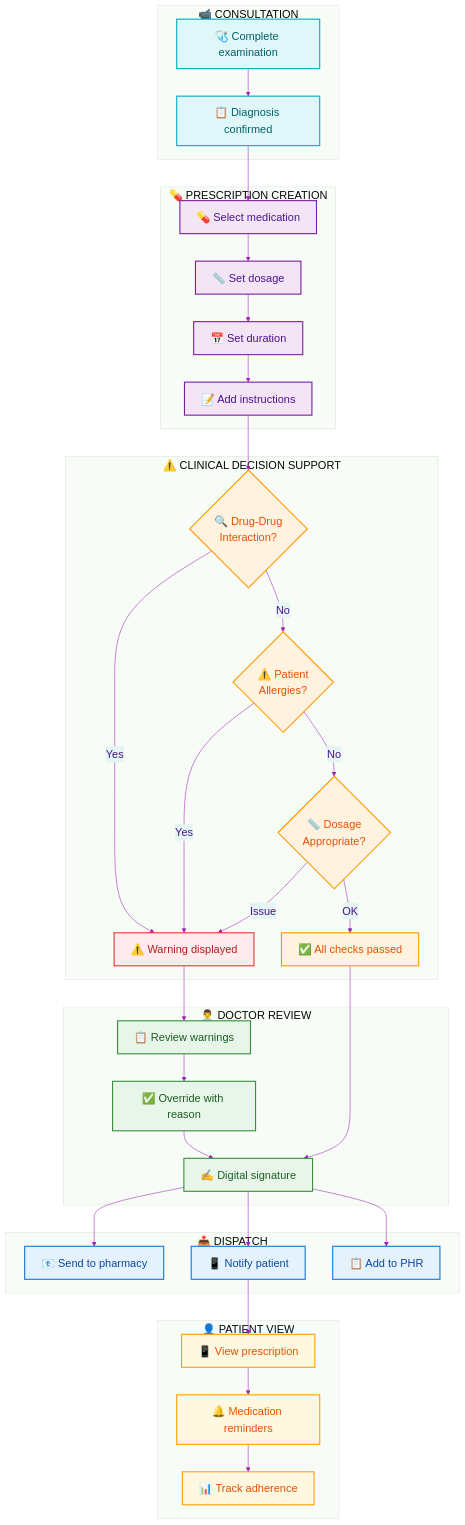
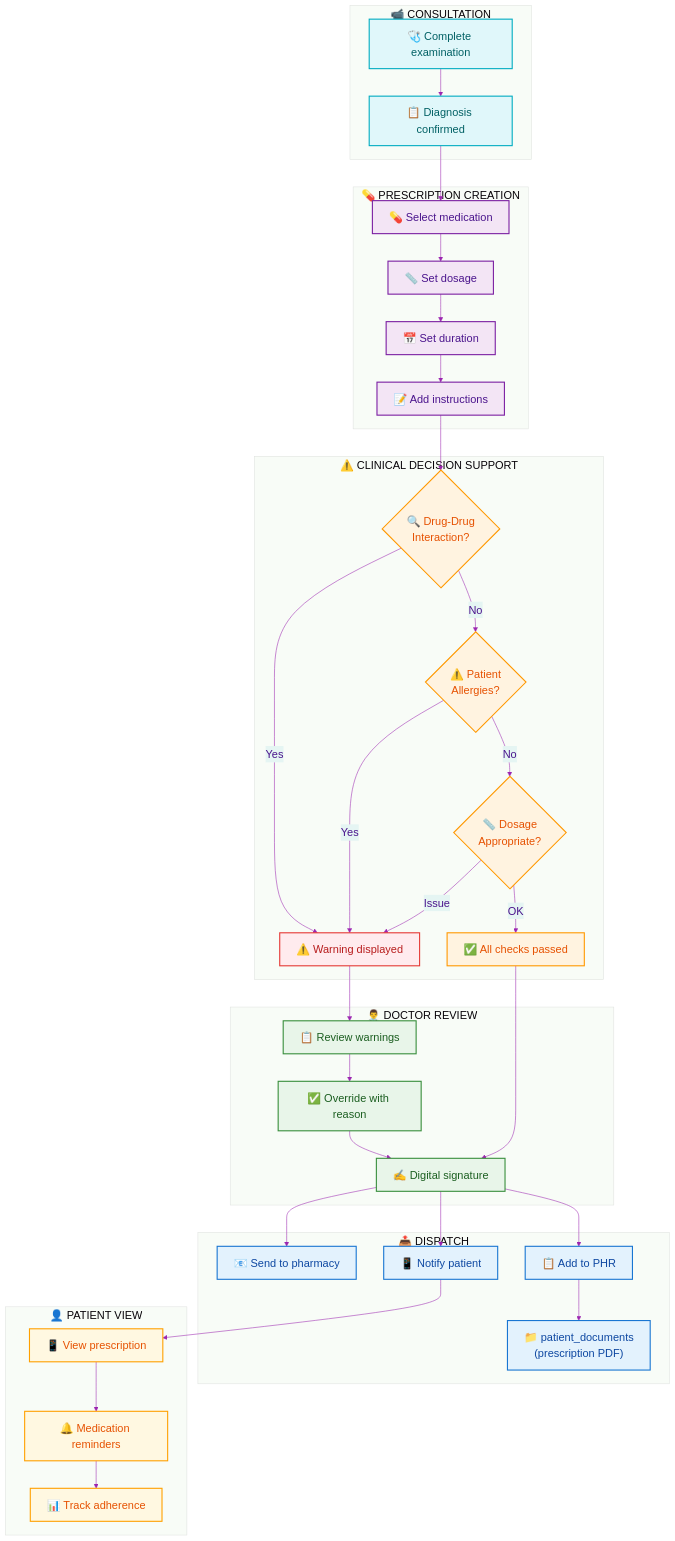
Before and after one commit to chiraleo2000/Isara-Anywhere: the diagram in Documents/Presentations/diagrams/12-prescription-workflow.mmd, drawn with Mermaid. The commit also changed 1697 other files, not shown here.

```diff
--- a/Documents/Presentations/diagrams/12-prescription-workflow.mmd
+++ b/Documents/Presentations/diagrams/12-prescription-workflow.mmd
@@ -1,90 +1,91 @@
 %%{init: {
   'theme': 'base',
   'themeVariables': {
     'primaryColor': '#F3E5F5',
     'primaryTextColor': '#4A148C',
     'primaryBorderColor': '#7B1FA2',
     'lineColor': '#9C27B0',
     'fontSize': '20px',
     'fontFamily': 'Segoe UI, Arial'
   }
 }}%%
 
 flowchart TB
     subgraph CONSULT["📹 CONSULTATION"]
         C1["🩺 Complete examination"]
         C2["📋 Diagnosis confirmed"]
     end
 
     subgraph PRESCRIBE["💊 PRESCRIPTION CREATION"]
         P1["💊 Select medication"]
         P2["📏 Set dosage"]
         P3["📅 Set duration"]
         P4["📝 Add instructions"]
     end
 
     subgraph CDS["⚠️ CLINICAL DECISION SUPPORT"]
         D1{"🔍 Drug-Drug<br/>Interaction?"}
         D2{"⚠️ Patient<br/>Allergies?"}
         D3{"📏 Dosage<br/>Appropriate?"}
         D4["✅ All checks passed"]
         D5["⚠️ Warning displayed"]
     end
 
     subgraph REVIEW["👨‍⚕️ DOCTOR REVIEW"]
         R1["📋 Review warnings"]
         R2["✅ Override with reason"]
         R3["✍️ Digital signature"]
     end
 
     subgraph DISPATCH["📤 DISPATCH"]
         S1["📧 Send to pharmacy"]
         S2["📱 Notify patient"]
         S3["📋 Add to PHR"]
+        S4["📁 patient_documents<br/>(prescription PDF)"]
     end
 
     subgraph PATIENT_VIEW["👤 PATIENT VIEW"]
         PV1["📱 View prescription"]
         PV2["🔔 Medication reminders"]
         PV3["📊 Track adherence"]
     end
 
     %% Main flow
     C1 --> C2 --> P1 --> P2 --> P3 --> P4
 
     %% CDS checks
     P4 --> D1
     D1 -->|Yes| D5
     D1 -->|No| D2
     D2 -->|Yes| D5
     D2 -->|No| D3
     D3 -->|Issue| D5
     D3 -->|OK| D4
 
     %% Warning handling
     D5 --> R1 --> R2 --> R3
     D4 --> R3
 
     %% Dispatch
     R3 --> S1
     R3 --> S2
-    R3 --> S3
+    R3 --> S3 --> S4
 
     %% Patient view
     S2 --> PV1 --> PV2 --> PV3
 
     classDef consultStyle fill:#E0F7FA,stroke:#00ACC1,stroke-width:2px,color:#006064
     classDef prescribeStyle fill:#F3E5F5,stroke:#7B1FA2,stroke-width:2px,color:#4A148C
     classDef cdsStyle fill:#FFF3E0,stroke:#FF9800,stroke-width:2px,color:#E65100
     classDef warningStyle fill:#FFEBEE,stroke:#E53935,stroke-width:2px,color:#B71C1C
     classDef reviewStyle fill:#E8F5E9,stroke:#388E3C,stroke-width:2px,color:#1B5E20
     classDef dispatchStyle fill:#E3F2FD,stroke:#1976D2,stroke-width:2px,color:#0D47A1
     classDef patientStyle fill:#FFF8E1,stroke:#FFA000,stroke-width:2px,color:#E65100
 
     class C1,C2 consultStyle
     class P1,P2,P3,P4 prescribeStyle
     class D1,D2,D3,D4 cdsStyle
     class D5 warningStyle
     class R1,R2,R3 reviewStyle
-    class S1,S2,S3 dispatchStyle
+    class S1,S2,S3,S4 dispatchStyle
     class PV1,PV2,PV3 patientStyle
```
